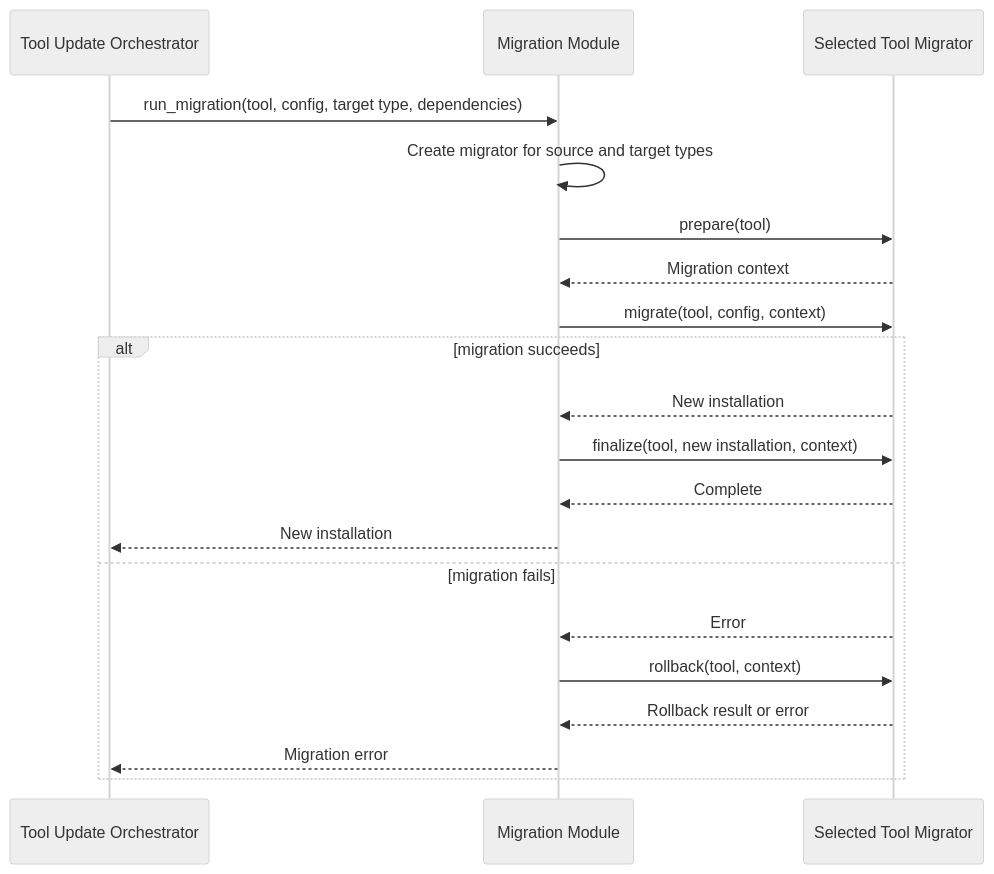
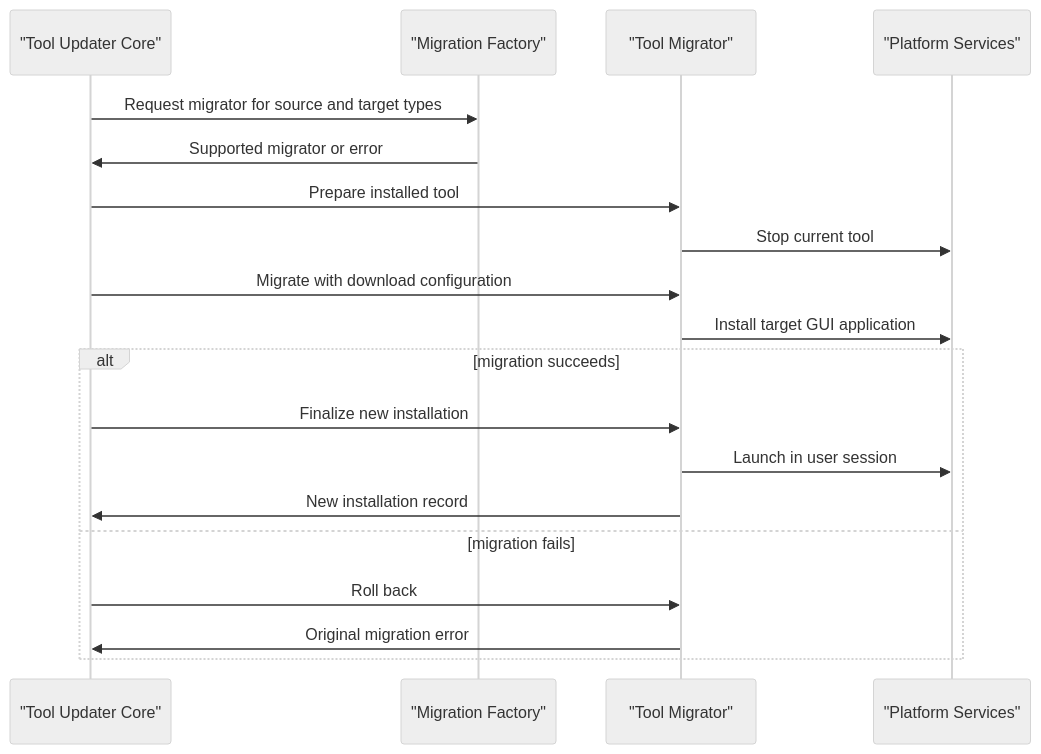
The second of 2 diagrams in docs/reference/architecture/openframe-client-core/platform-tool-updater-migration/platform-tool-updater-migration.md (flamingo-stack/openframe-oss-tenant), drawn with Mermaid (neutral theme) before and after one commit. The commit also changed other lines of this file and 2377 other files, not shown here.

````diff
--- a/docs/reference/architecture/openframe-client-core/platform-tool-updater-migration/platform-tool-updater-migration.md
+++ b/docs/reference/architecture/openframe-client-core/platform-tool-updater-migration/platform-tool-updater-migration.md
@@ -91,22 +40,22 @@
 ```mermaid
 sequenceDiagram
-    participant Caller as Tool Update Orchestrator
-    participant Module as Migration Module
-    participant Migrator as Selected Tool Migrator
-    Caller->>Module: run_migration(tool, config, target type, dependencies)
-    Module->>Module: Create migrator for source and target types
-    Module->>Migrator: prepare(tool)
-    Migrator-->>Module: Migration context
-    Module->>Migrator: migrate(tool, config, context)
+    participant Core as "Tool Updater Core"
+    participant Factory as "Migration Factory"
+    participant Migrator as "Tool Migrator"
+    participant Platform as "Platform Services"
+
+    Core->>Factory: Request migrator for source and target types
+    Factory->>Core: Supported migrator or error
+    Core->>Migrator: Prepare installed tool
+    Migrator->>Platform: Stop current tool
+    Core->>Migrator: Migrate with download configuration
+    Migrator->>Platform: Install target GUI application
     alt migration succeeds
-        Migrator-->>Module: New installation
-        Module->>Migrator: finalize(tool, new installation, context)
-        Migrator-->>Module: Complete
-        Module-->>Caller: New installation
+        Core->>Migrator: Finalize new installation
+        Migrator->>Platform: Launch in user session
+        Migrator->>Core: New installation record
     else migration fails
-        Migrator-->>Module: Error
-        Module->>Migrator: rollback(tool, context)
-        Migrator-->>Module: Rollback result or error
-        Module-->>Caller: Migration error
+        Core->>Migrator: Roll back
+        Migrator->>Core: Original migration error
     end
 ```
````
